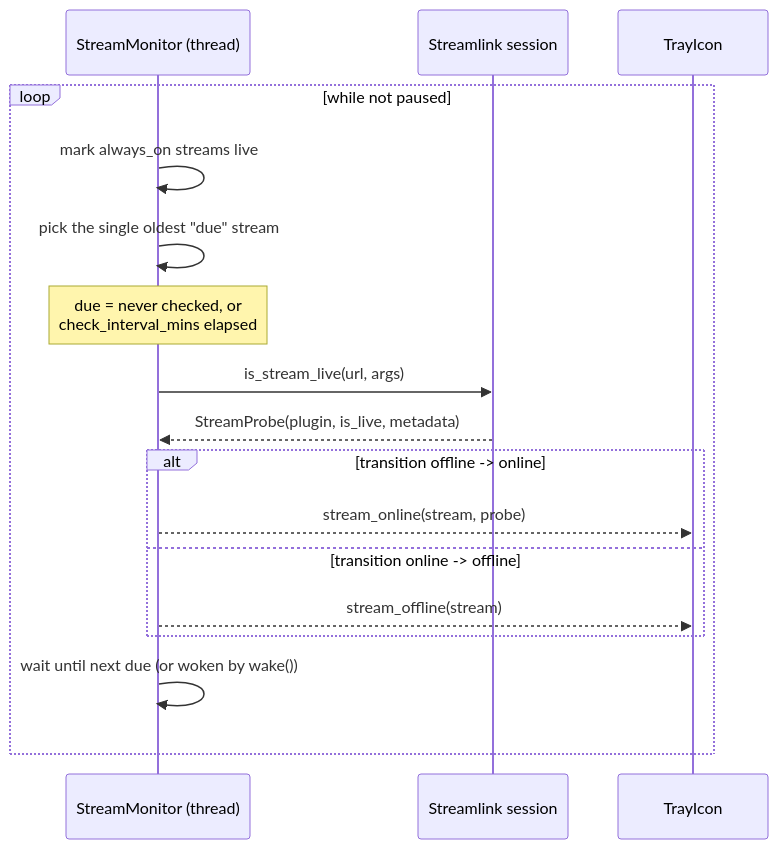
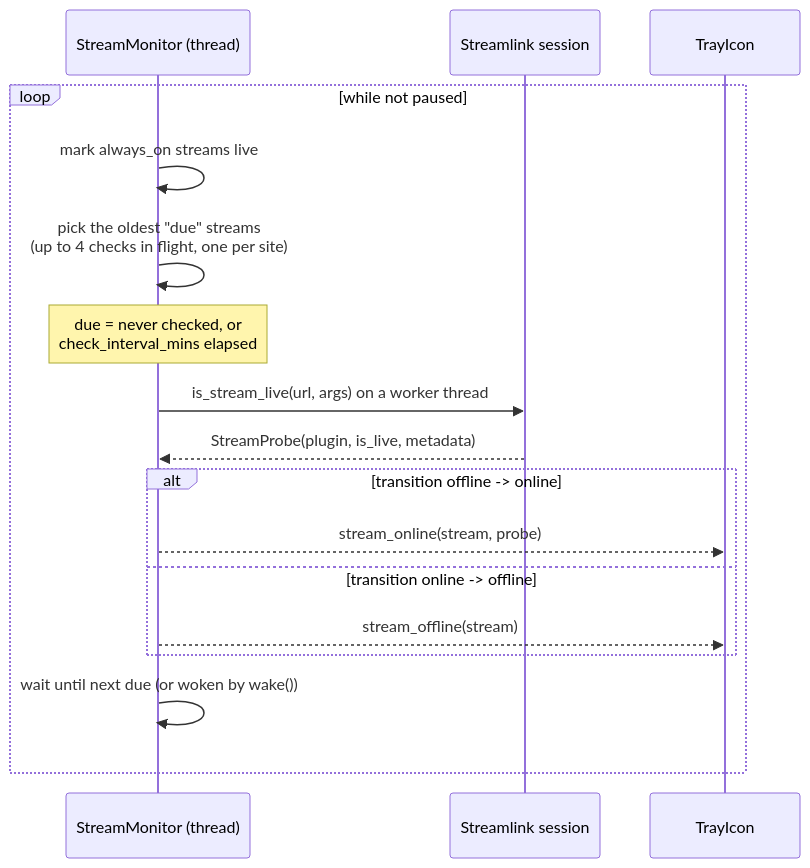
The second of 6 diagrams in doc/runtime-workflows.md (tarzasai/Lurkiti), drawn with Mermaid before and after one commit. The commit also changed other lines of this file and 6 other files, not shown here.

First line of the commit message:
[Perf] Parallel liveness checks, one per site, with 429 backoff

````diff
--- a/doc/runtime-workflows.md
+++ b/doc/runtime-workflows.md
@@ -30,20 +30,20 @@
 ```mermaid
 sequenceDiagram
     participant Mon as StreamMonitor (thread)
     participant SL as Streamlink session
     participant Tray as TrayIcon
 
     loop while not paused
         Mon->>Mon: mark always_on streams live
-        Mon->>Mon: pick the single oldest "due" stream
+        Mon->>Mon: pick the oldest "due" streams<br/>(up to 4 checks in flight, one per site)
         Note over Mon: due = never checked, or<br/>check_interval_mins elapsed
-        Mon->>SL: is_stream_live(url, args)
+        Mon->>SL: is_stream_live(url, args) on a worker thread
         SL-->>Mon: StreamProbe(plugin, is_live, metadata)
         alt transition offline -> online
             Mon-->>Tray: stream_online(stream, probe)
         else transition online -> offline
             Mon-->>Tray: stream_offline(stream)
         end
         Mon->>Mon: wait until next due (or woken by wake())
     end
 ```
````
